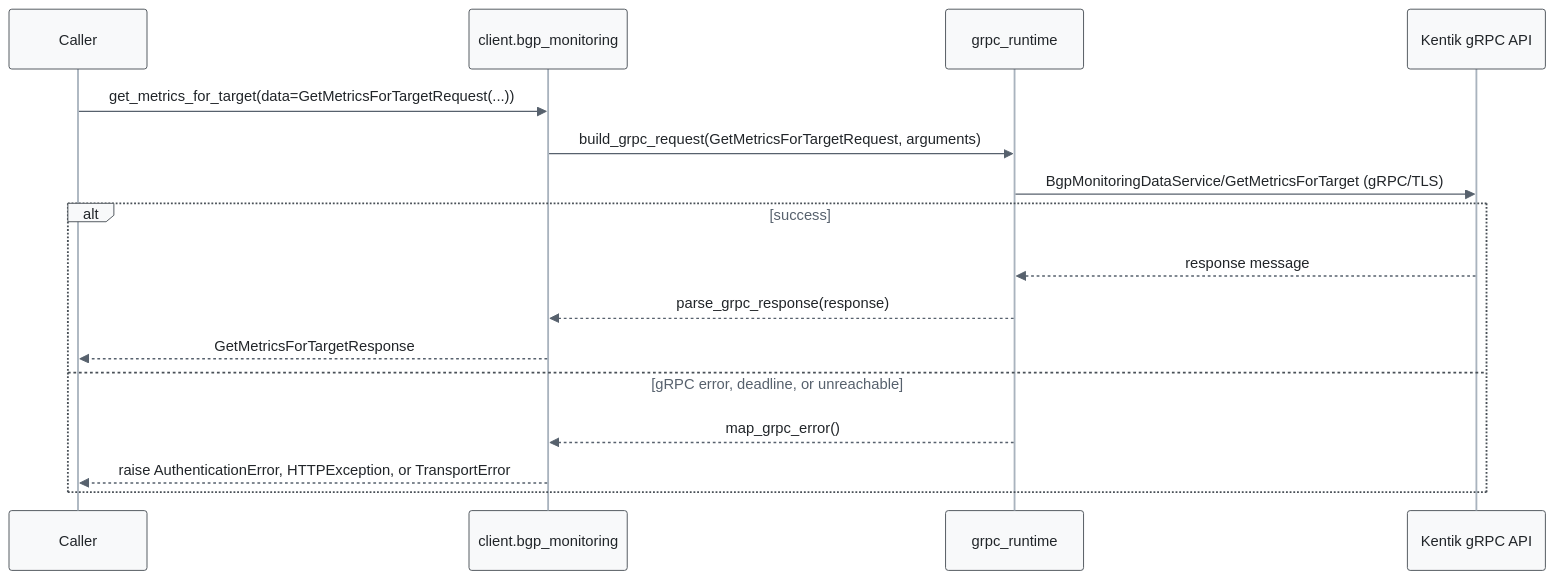
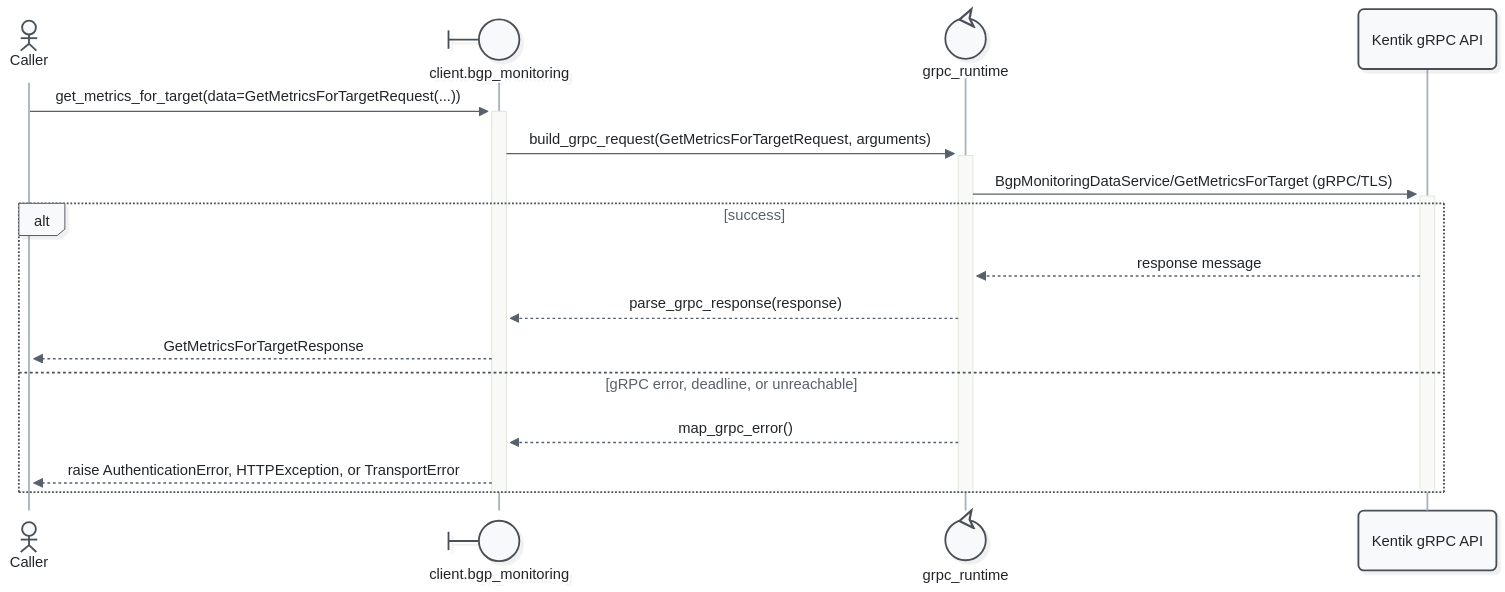
One commit to alexdearaujo/community_sdk_python changed the second of 17 diagrams in docs/sphinx/services/bgp_monitoring.md. Above: the diagram before and after it, drawn with Mermaid. The commit also changed other lines of this file and 52 other files, not shown here.

First line of the commit message:
docs: Mermaid 12 sequence diagrams with participant types and path colors

````diff
--- a/docs/sphinx/services/bgp_monitoring.md
+++ b/docs/sphinx/services/bgp_monitoring.md
@@ -57,20 +59,23 @@
 ```mermaid
-%%{init: {"theme": "base", "fontFamily": "ui-monospace, SFMono-Regular, Menlo, monospace", "themeVariables": {"fontFamily": "ui-monospace, SFMono-Regular, Menlo, monospace", "primaryColor": "#f8f9fa", "primaryBorderColor": "#495057", "primaryTextColor": "#212529", "textColor": "#212529", "lineColor": "#77818c", "edgeLabelBackground": "#ffffff", "actorBkg": "#f8f9fa", "actorBorder": "#495057", "actorTextColor": "#212529", "actorLineColor": "#a9b3be", "signalColor": "#57616d", "signalTextColor": "#212529", "labelBoxBkgColor": "#f8f9fa", "labelBoxBorderColor": "#495057", "labelTextColor": "#212529", "loopTextColor": "#57616d", "noteBkgColor": "#fff9db", "noteBorderColor": "#f08c00", "noteTextColor": "#a35a00"}, "flowchart": {"curve": "step", "nodeSpacing": 30, "rankSpacing": 70, "wrappingWidth": 400}}}%%
+%%{init: {"theme": "redux", "look": "neo", "layout": "dagre", "fontFamily": "ui-monospace, SFMono-Regular, Menlo, monospace", "themeVariables": {"fontFamily": "ui-monospace, SFMono-Regular, Menlo, monospace", "primaryColor": "#f8f9fa", "primaryBorderColor": "#495057", "primaryTextColor": "#212529", "textColor": "#212529", "lineColor": "#77818c", "edgeLabelBackground": "#ffffff", "actorBkg": "#f8f9fa", "actorBorder": "#495057", "actorTextColor": "#212529", "actorLineColor": "#a9b3be", "signalColor": "#57616d", "signalTextColor": "#212529", "labelBoxBkgColor": "#f8f9fa", "labelBoxBorderColor": "#495057", "labelTextColor": "#212529", "loopTextColor": "#57616d", "noteBkgColor": "#fff9db", "noteBorderColor": "#f08c00", "noteTextColor": "#a35a00"}, "sequence": {"activationWidth": 16}, "flowchart": {"curve": "step", "nodeSpacing": 30, "rankSpacing": 70, "wrappingWidth": 400}}}%%
 sequenceDiagram
-    participant C as Caller
-    participant W as client.bgp_monitoring
-    participant R as grpc_runtime
+    actor C as Caller
+    participant W@{ "type": "boundary" } as client.bgp_monitoring
+    participant R@{ "type": "control" } as grpc_runtime
     participant API as Kentik gRPC API
 
-    C->>W: get_metrics_for_target(data=GetMetricsForTargetRequest(...))
-    W->>R: build_grpc_request(GetMetricsForTargetRequest, arguments)
-    R->>API: BgpMonitoringDataService/GetMetricsForTarget (gRPC/TLS)
+    C->>+W: get_metrics_for_target(data=GetMetricsForTargetRequest(...))
+    W->>+R: build_grpc_request(GetMetricsForTargetRequest, arguments)
+    R->>+API: BgpMonitoringDataService/GetMetricsForTarget (gRPC/TLS)
     alt success
         API-->>R: response message
         R-->>W: parse_grpc_response(response)
         W-->>C: GetMetricsForTargetResponse
     else gRPC error, deadline, or unreachable
         R-->>W: map_grpc_error()
         W-->>C: raise AuthenticationError, HTTPException, or TransportError
     end
+    deactivate API
+    deactivate R
+    deactivate W
 ```
````
